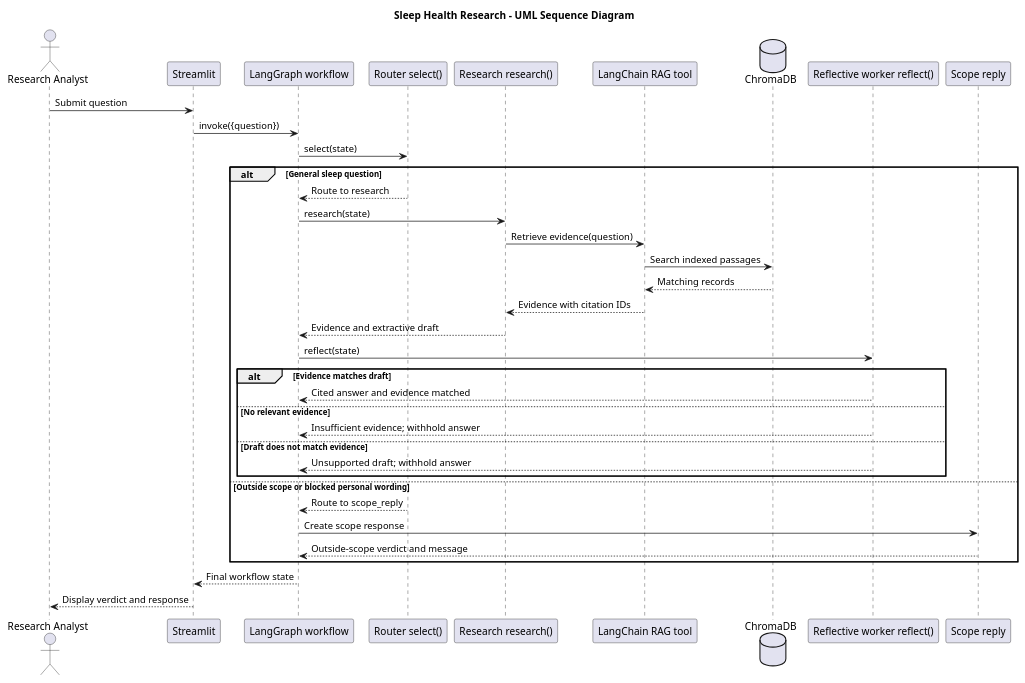
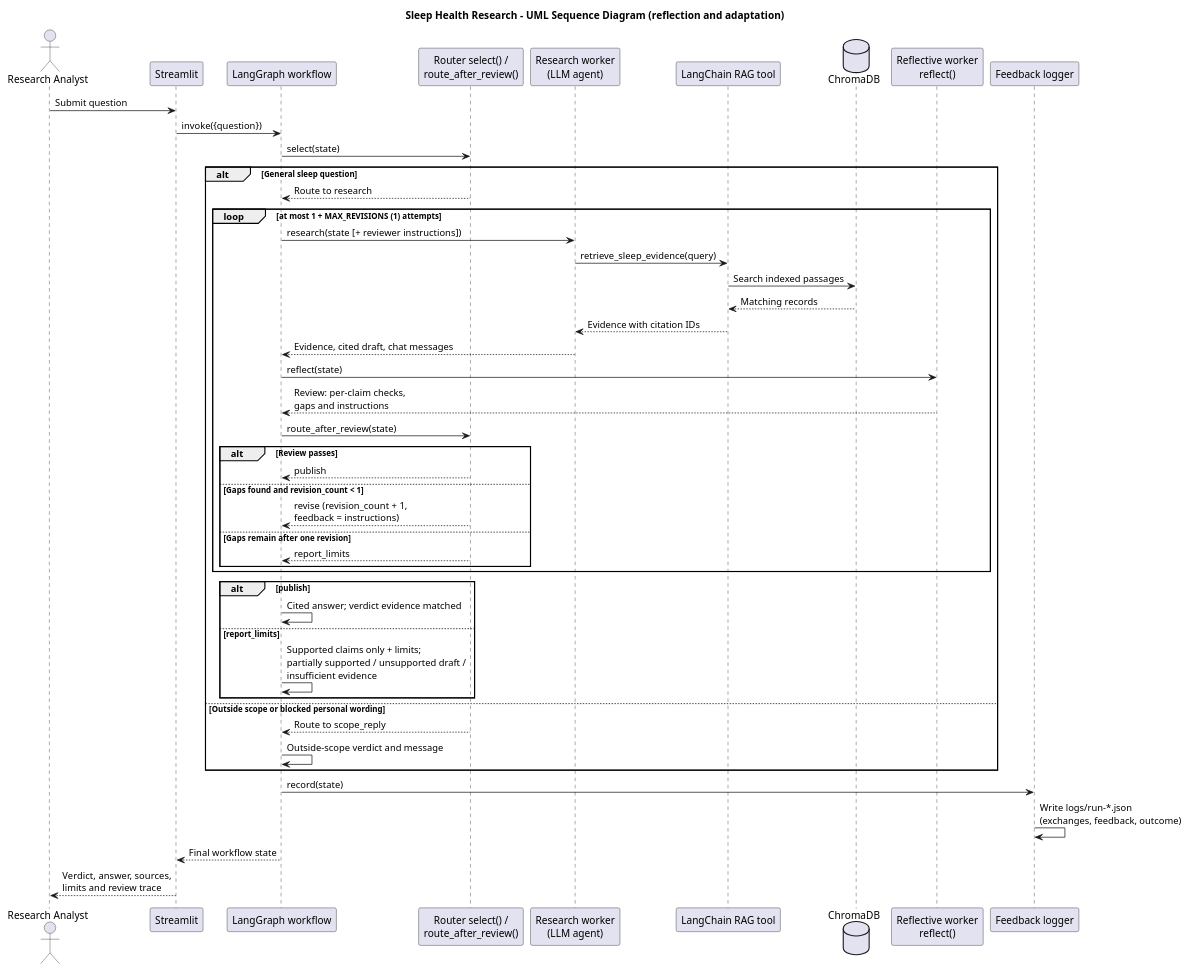
The diagram in interaction.puml (vkulesh-netizen/group-1), drawn with PlantUML before and after one commit. The commit also changed 49 other files, not shown here.

First line of the commit message:
Make reflection and adaptation explicit, add JSON feedback logs, split tool and agent layers

```diff
--- a/interaction.puml
+++ b/interaction.puml
@@ -1,45 +1,53 @@
 @startuml
-title Sleep Health Research - UML Sequence Diagram
+title Sleep Health Research - UML Sequence Diagram (reflection and adaptation)
 
 actor "Research Analyst" as Analyst
 participant Streamlit
 participant "LangGraph workflow" as Graph
-participant "Router select()" as Router
-participant "Research research()" as Research
+participant "Router select() /\nroute_after_review()" as Router
+participant "Research worker\n(LLM agent)" as Research
 participant "LangChain RAG tool" as RAG
 database ChromaDB
-participant "Reflective worker reflect()" as Reflect
-participant "Scope reply" as Scope
+participant "Reflective worker\nreflect()" as Reflect
+participant "Feedback logger" as Logger
 
 Analyst -> Streamlit: Submit question
 Streamlit -> Graph: invoke({question})
 Graph -> Router: select(state)
 
 alt General sleep question
     Router --> Graph: Route to research
-    Graph -> Research: research(state)
-    Research -> RAG: Retrieve evidence(question)
-    RAG -> ChromaDB: Search indexed passages
-    ChromaDB --> RAG: Matching records
-    RAG --> Research: Evidence with citation IDs
-    Research --> Graph: Evidence and extractive draft
-    Graph -> Reflect: reflect(state)
-
-    alt Evidence matches draft
-        Reflect --> Graph: Cited answer and evidence matched
-    else No relevant evidence
-        Reflect --> Graph: Insufficient evidence; withhold answer
-    else Draft does not match evidence
-        Reflect --> Graph: Unsupported draft; withhold answer
+    loop at most 1 + MAX_REVISIONS (1) attempts
+        Graph -> Research: research(state [+ reviewer instructions])
+        Research -> RAG: retrieve_sleep_evidence(query)
+        RAG -> ChromaDB: Search indexed passages
+        ChromaDB --> RAG: Matching records
+        RAG --> Research: Evidence with citation IDs
+        Research --> Graph: Evidence, cited draft, chat messages
+        Graph -> Reflect: reflect(state)
+        Reflect --> Graph: Review: per-claim checks,\ngaps and instructions
+        Graph -> Router: route_after_review(state)
+        alt Review passes
+            Router --> Graph: publish
+        else Gaps found and revision_count < 1
+            Router --> Graph: revise (revision_count + 1,\nfeedback = instructions)
+        else Gaps remain after one revision
+            Router --> Graph: report_limits
+        end
     end
-
+    alt publish
+        Graph -> Graph: Cited answer; verdict evidence matched
+    else report_limits
+        Graph -> Graph: Supported claims only + limits;\npartially supported / unsupported draft /\ninsufficient evidence
+    end
 else Outside scope or blocked personal wording
     Router --> Graph: Route to scope_reply
-    Graph -> Scope: Create scope response
-    Scope --> Graph: Outside-scope verdict and message
+    Graph -> Graph: Outside-scope verdict and message
 end
 
+Graph -> Logger: record(state)
+Logger -> Logger: Write logs/run-*.json\n(exchanges, feedback, outcome)
 Graph --> Streamlit: Final workflow state
-Streamlit --> Analyst: Display verdict and response
+Streamlit --> Analyst: Verdict, answer, sources,\nlimits and review trace
 
 @enduml
```
